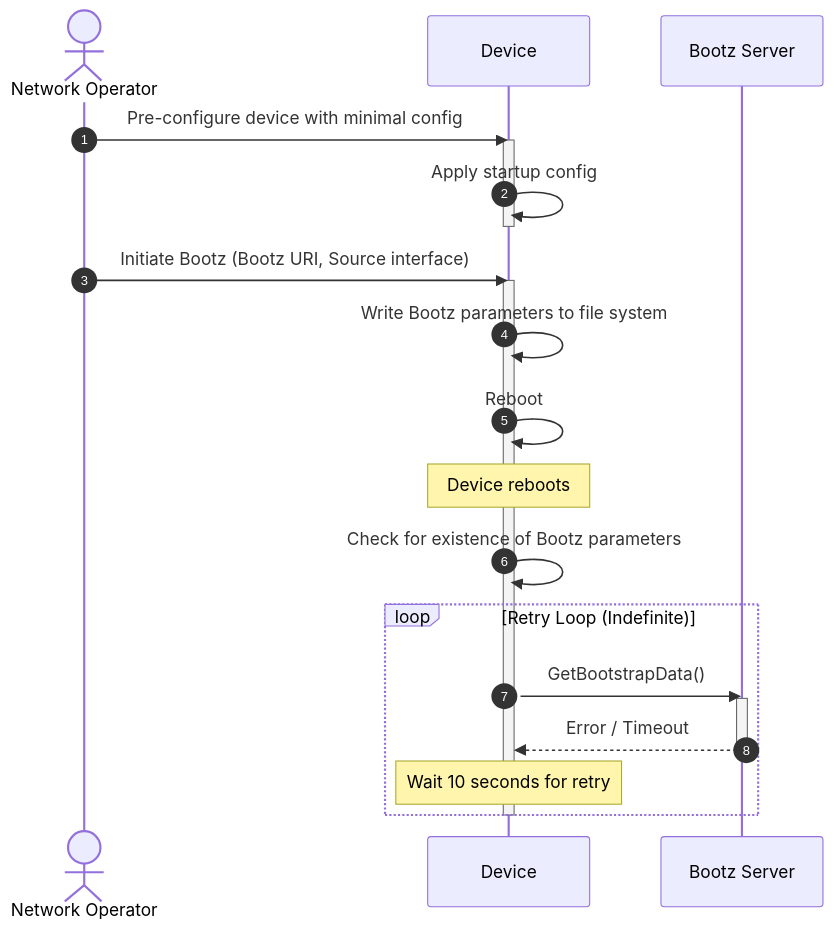
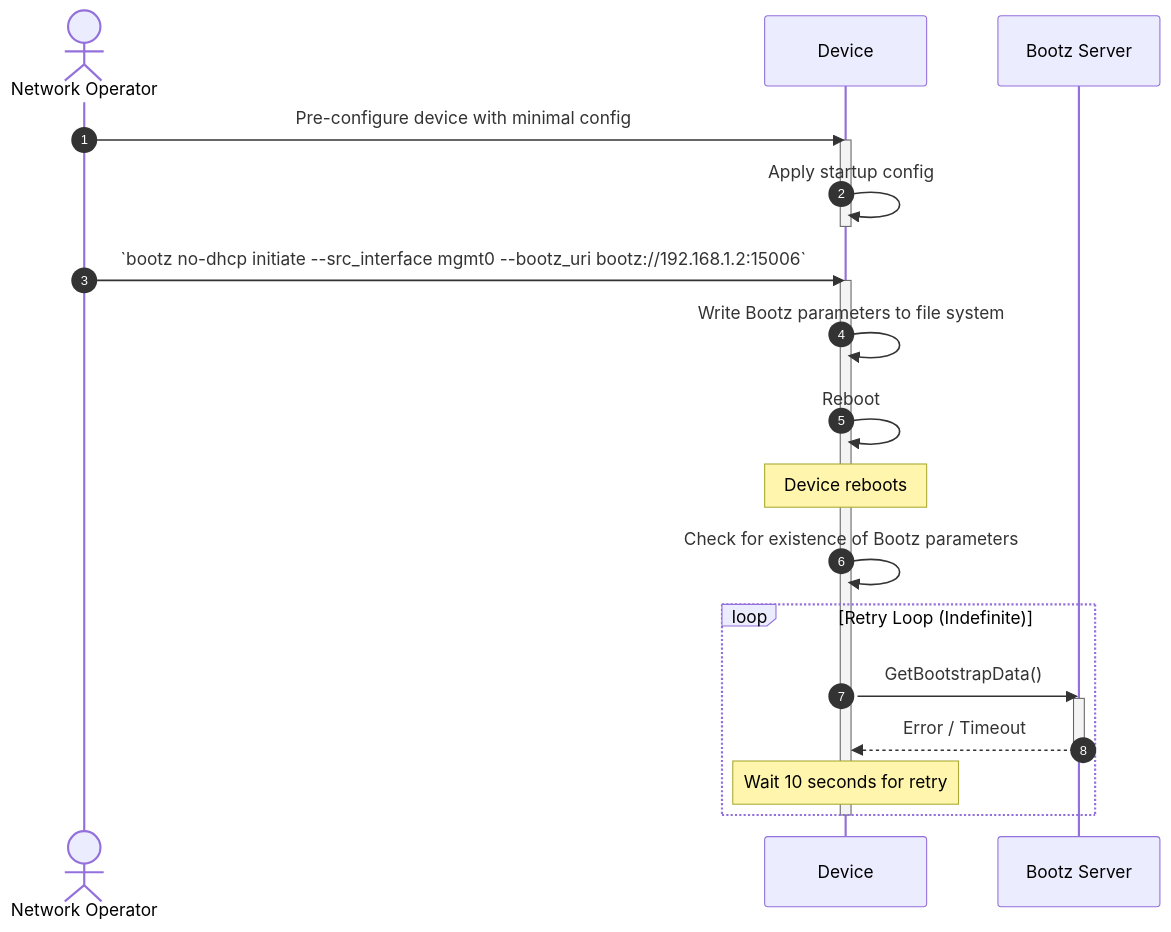
One commit to openconfig/bootz changed the first of 5 diagrams in README.md. Above: the diagram before and after it, drawn with Mermaid. The commit also changed other lines of this file, not shown here.

Commit message:
Add explicit bootz terminate command and refactor CLi args

````diff
--- a/README.md
+++ b/README.md
@@ -876,26 +911,26 @@
 ```mermaid
 sequenceDiagram
     autonumber
     actor Operator as Network Operator
     participant Device
     participant Server as Bootz Server
 
     Operator->>Device: Pre-configure device with minimal config
     activate Device
     Device->>Device: Apply startup config
     deactivate Device
-    Operator->>Device: Initiate Bootz (Bootz URI, Source interface)
+    Operator->>Device: `bootz no-dhcp initiate --src_interface mgmt0 --bootz_uri bootz://192.168.1.2:15006`
     activate Device
     Device->>Device: Write Bootz parameters to file system
     Device->>Device: Reboot
     Note over Device: Device reboots
     Device->>Device: Check for existence of Bootz parameters
     loop Retry Loop (Indefinite)
         Device->>Server: GetBootstrapData()
         activate Server
         Server-->>Device: Error / Timeout
         deactivate Server
         Note over Device: Wait 10 seconds for retry
     end
     deactivate Device
 ```
````
